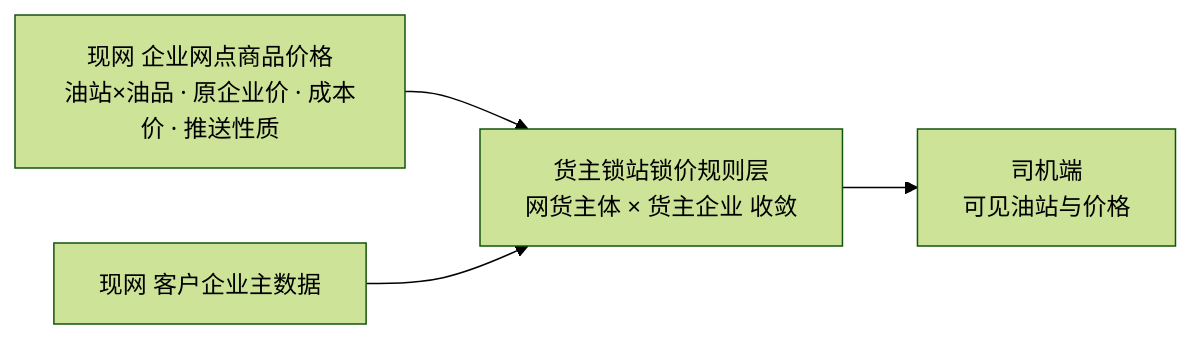
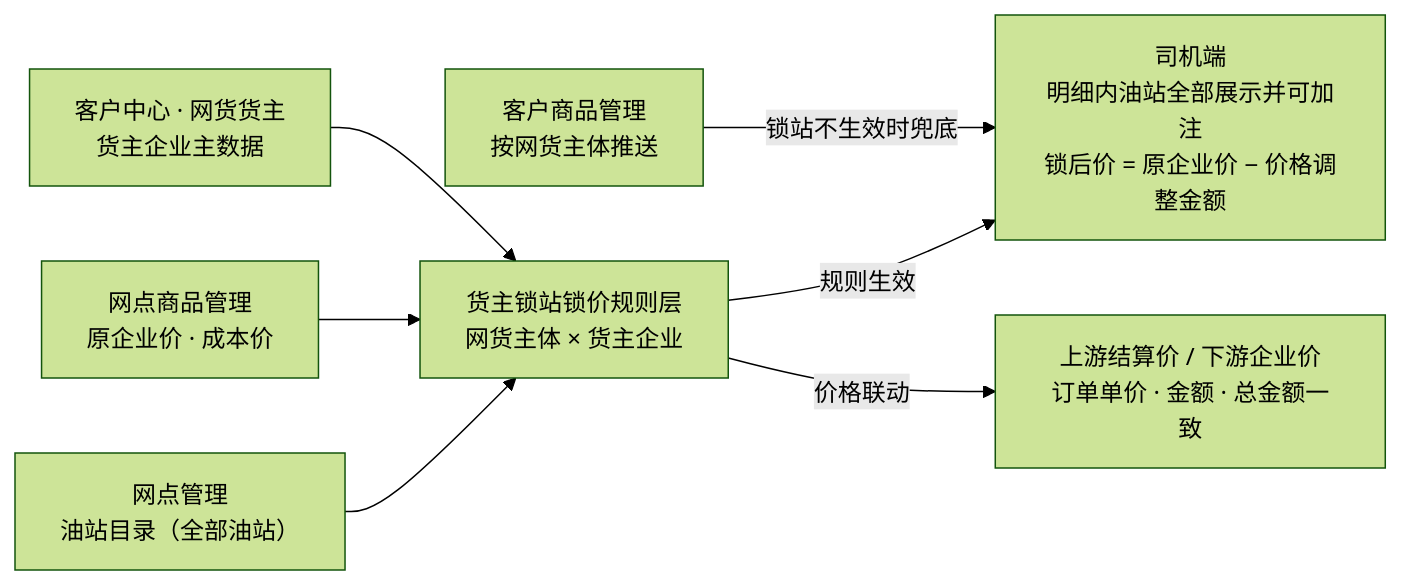
The first of 3 diagrams in 货主锁站锁价-产品需求-页面说明.md (Zsmboom/matching-order-prototype), drawn with Mermaid (forest theme) before and after one commit. The commit also changed other lines of this file and 35 other files, not shown here.

````diff
--- a/货主锁站锁价-产品需求-页面说明.md
+++ b/货主锁站锁价-产品需求-页面说明.md
@@ -23,6 +23,9 @@
 ```mermaid
 flowchart LR
-  A["现网 企业网点商品价格<br/>油站×油品 · 原企业价 · 成本价 · 推送性质"] --> B["货主锁站锁价规则层<br/>网货主体 × 货主企业 收敛"]
-  C["现网 客户企业主数据"] --> B
-  B --> D["司机端<br/>可见油站与价格"]
+  A["网点管理<br/>油站目录（全部油站）"] --> R["货主锁站锁价规则层<br/>网货主体 × 货主企业"]
+  B["网点商品管理<br/>原企业价 · 成本价"] --> R
+  C["客户中心 · 网货货主<br/>货主企业主数据"] --> R
+  R -->|规则生效| D["司机端<br/>明细内油站全部展示并可加注<br/>锁后价 = 原企业价 − 价格调整金额"]
+  R -->|价格联动| E["上游结算价 / 下游企业价<br/>订单单价 · 金额 · 总金额一致"]
+  P["客户商品管理<br/>按网货主体推送"] -->|锁站不生效时兜底| D
 ```
````
